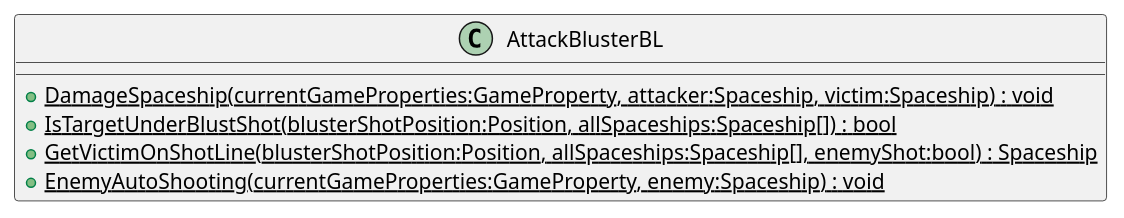
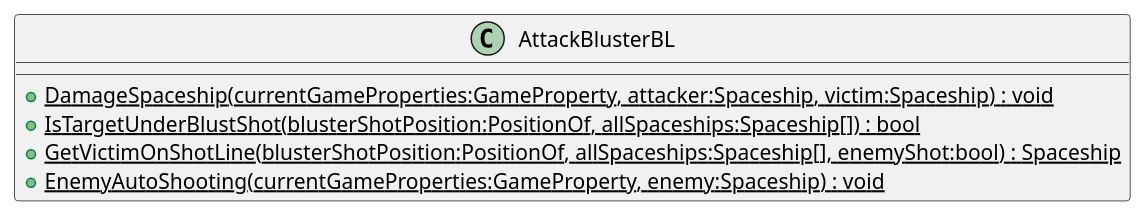
The diagram in plantuml/Galaga/AttackBluster/AttackBlusterBL.puml (19vano97/levelUpOOP), drawn with PlantUML before and after one commit. The commit also changed 30 other files, not shown here.

Commit message:
fix galaga to fraw a class diagram

```diff
--- a/plantuml/Galaga/AttackBluster/AttackBlusterBL.puml
+++ b/plantuml/Galaga/AttackBluster/AttackBlusterBL.puml
@@ -1,8 +1,8 @@
 @startuml
 class AttackBlusterBL {
     + {static} DamageSpaceship(currentGameProperties:GameProperty, attacker:Spaceship, victim:Spaceship) : void
-    + {static} IsTargetUnderBlustShot(blusterShotPosition:Position, allSpaceships:Spaceship[]) : bool
-    + {static} GetVictimOnShotLine(blusterShotPosition:Position, allSpaceships:Spaceship[], enemyShot:bool) : Spaceship
+    + {static} IsTargetUnderBlustShot(blusterShotPosition:PositionOf, allSpaceships:Spaceship[]) : bool
+    + {static} GetVictimOnShotLine(blusterShotPosition:PositionOf, allSpaceships:Spaceship[], enemyShot:bool) : Spaceship
     + {static} EnemyAutoShooting(currentGameProperties:GameProperty, enemy:Spaceship) : void
 }
 @enduml
```
